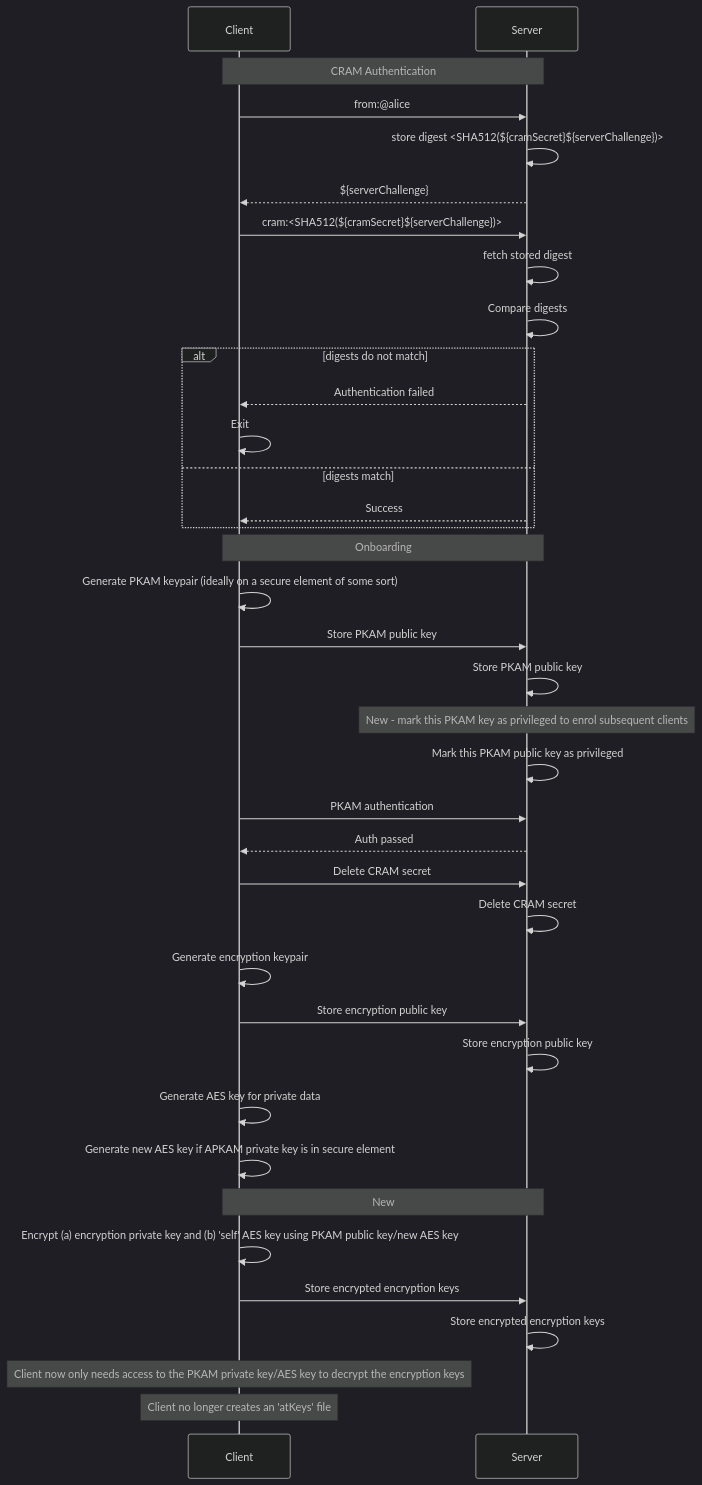
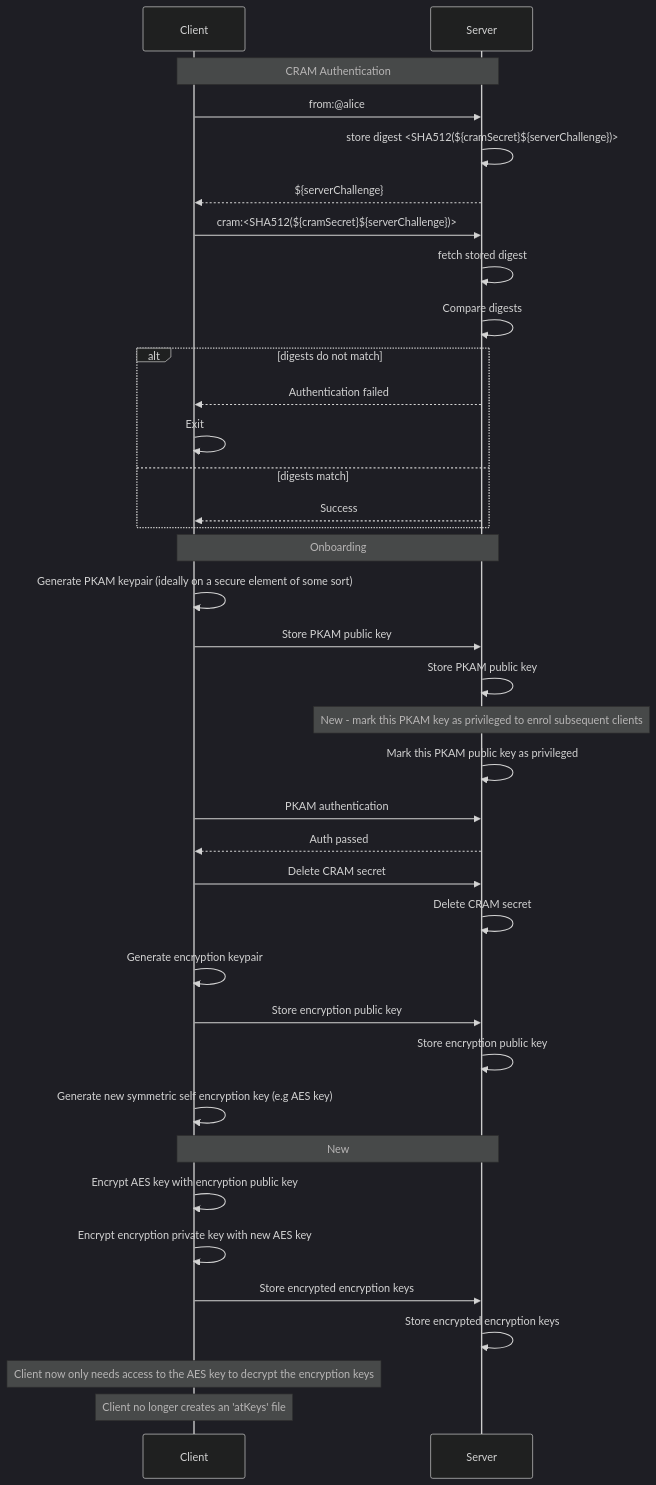
Before and after one commit to atsign-foundation/at_protocol: the second of 3 diagrams in decisions/2023-01-pkam-per-app-and-device.md, drawn with Mermaid (dark theme).

Commit message:
fix: changes to sequence diagram

````diff
--- a/decisions/2023-01-pkam-per-app-and-device.md
+++ b/decisions/2023-01-pkam-per-app-and-device.md
@@ -334,42 +334,42 @@
 ```mermaid
 sequenceDiagram
     participant Client
     participant Server
 
     note over Client,Server: CRAM Authentication
 
     Client->>Server: from:@alice
     Server->>Server: store digest <SHA512(${cramSecret}${serverChallenge})>
     Server-->>Client: ${serverChallenge}
     Client->>Server: cram:<SHA512(${cramSecret}${serverChallenge})>
     Server->>Server: fetch stored digest
     Server->>Server: Compare digests
     alt digests do not match
         Server-->>Client: Authentication failed
         Client->>Client: Exit
     else digests match
         Server-->>Client: Success
     end
 
     note over Client,Server: Onboarding
     Client->>Client: Generate PKAM keypair (ideally on a secure element of some sort)
     Client->>Server: Store PKAM public key
     Server->>Server: Store PKAM public key
     note over Server: New - mark this PKAM key as privileged to enrol subsequent clients
     Server->>Server: Mark this PKAM public key as privileged
     Client->>Server: PKAM authentication
     Server-->>Client: Auth passed
     Client->>Server: Delete CRAM secret
     Server->>Server: Delete CRAM secret
     Client->>Client: Generate encryption keypair
     Client->>Server: Store encryption public key
     Server->>Server: Store encryption public key
-    Client->>Client: Generate AES key for private data
-    Client->>Client: Generate new AES key if APKAM private key is in secure element
+    Client->>Client: Generate new symmetric self encryption key (e.g AES key)
     note over Client,Server: New
-    Client->>Client: Encrypt (a) encryption private key and (b) 'self' AES key using PKAM public key/new AES key
+    Client->>Client: Encrypt AES key with encryption public key     
+    Client->>Client: Encrypt encryption private key with new AES key
     Client->>Server: Store encrypted encryption keys
     Server->>Server: Store encrypted encryption keys
-    note over Client: Client now only needs access to the PKAM private key/AES key to decrypt the encryption keys
+    note over Client: Client now only needs access to the AES key to decrypt the encryption keys
     note over Client: Client no longer creates an 'atKeys' file
 ```
````
